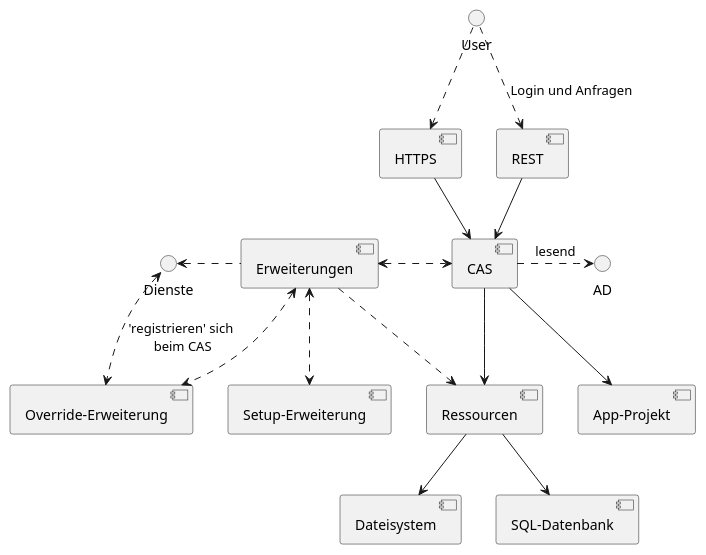
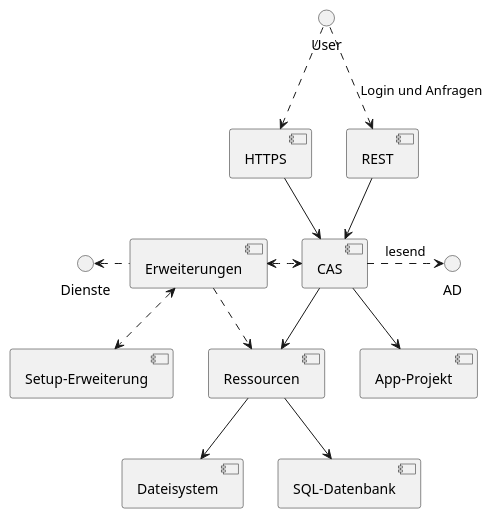
One commit to minova-afis/aero.minova.cas changed the diagram in doc/adoc/structure.adoc. Above: the diagram before and after it, drawn with PlantUML.

Commit message:
Struktur wiederherstellen

```diff
--- a/doc/adoc/structure.adoc
+++ b/doc/adoc/structure.adoc
@@ -7,20 +7,18 @@
 [plantuml, format="svg"]
 ....
 @startuml
 User ..> [HTTPS]
 User ..> [REST]: Login und Anfragen
 [HTTPS] --> [CAS]
 [REST] --> [CAS]
 [CAS] .right.> AD: lesend
 [CAS] --> [Ressourcen]
 [Ressourcen] --> [Dateisystem]
 [Ressourcen] --> [SQL-Datenbank]
 [CAS] <.left.> [Erweiterungen]
 [CAS] --> [App-Projekt]
 [Erweiterungen] <.down.> [Setup-Erweiterung]
-[Erweiterungen] <.down.> [Override-Erweiterung]
 [Erweiterungen] .left.> Dienste
-[Override-Erweiterung] <.left.> Dienste : 'registrieren' sich\n beim CAS
 [Erweiterungen] ..> [Ressourcen]
 @enduml
 ....
```
